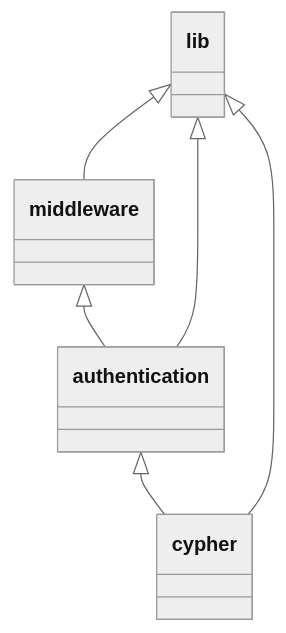
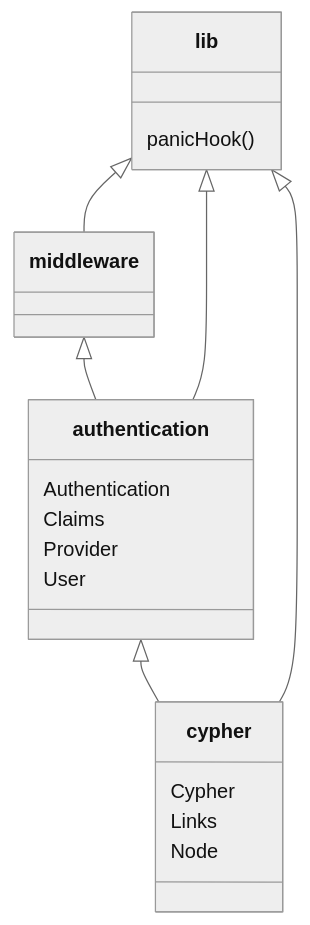
The diagram in oceanics-io-api/README.md (oceanicsdotio/oceanics.io), drawn with Mermaid (neutral theme) before and after one commit. The commit also changed 5 other files, not shown here.

````diff
--- a/oceanics-io-api/README.md
+++ b/oceanics-io-api/README.md
@@ -55,8 +55,23 @@
 ```mermaid
 classDiagram
-  `authentication` <|-- `cypher`
-  `middleware` <|-- `authentication`
-  `lib` <|-- `authentication`
-  `lib` <|-- `cypher`
-  `lib` <|-- `middleware`
+  class cypher{
+    Cypher
+    Links
+    Node
+  } 
+  authentication <|-- cypher
+  class authentication{
+    Authentication
+    Claims
+    Provider
+    User
+  }
+  middleware <|-- authentication
+  lib <|-- authentication
+  lib <|-- cypher
+  lib <|-- middleware
+  class lib{
+    panicHook()
+  }
+
 ```
````
